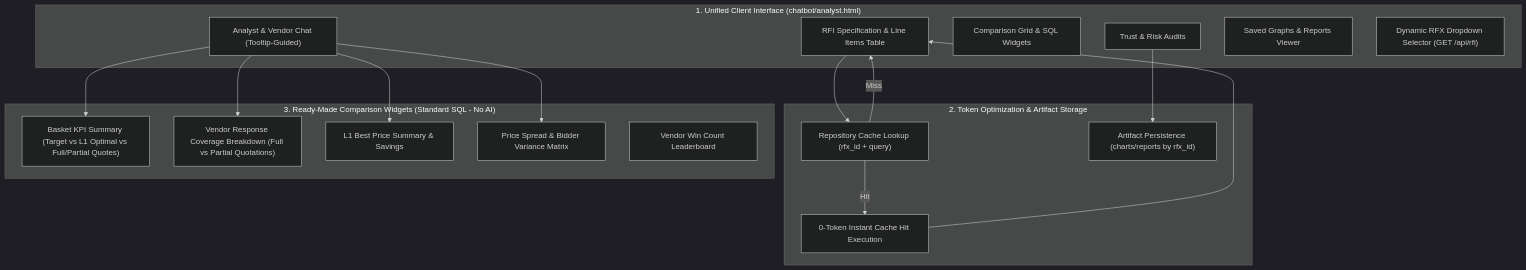
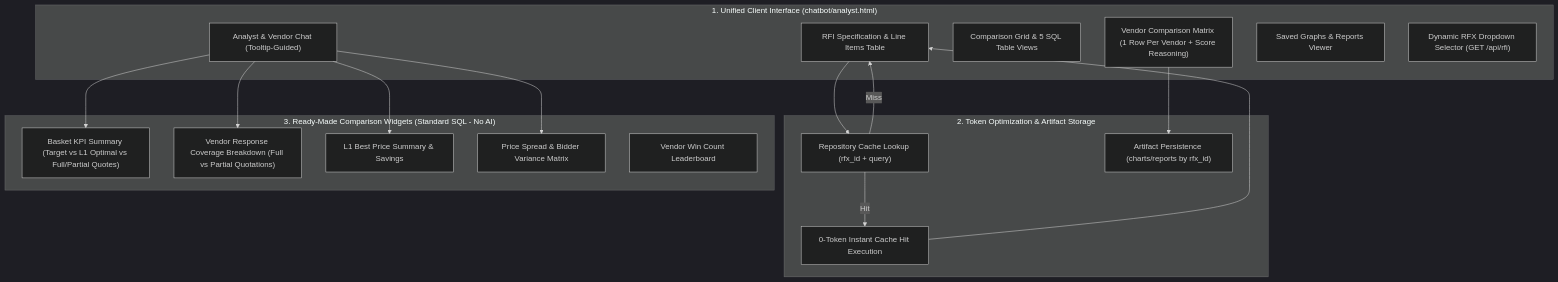
The fourth of 4 diagrams in architecture.md (akshaykumarar/ktq2), drawn with Mermaid (dark theme) before and after one commit. The commit also changed 3 other files, not shown here.

Commit message:
update documentation for comparison grid and vendor comparison features

````diff
--- a/architecture.md
+++ b/architecture.md
@@ -252,31 +252,31 @@
 ```mermaid
 flowchart TD
     subgraph ClientUI["1. Unified Client Interface (chatbot/analyst.html)"]
         UI1["RFI Specification & Line Items Table"]
         UI2["Analyst & Vendor Chat (Tooltip-Guided)"]
-        UI3["Comparison Grid & SQL Widgets"]
-        UI4["Trust & Risk Audits"]
+        UI3["Comparison Grid & 5 SQL Table Views"]
+        UI4["Vendor Comparison Matrix (1 Row Per Vendor + Score Reasoning)"]
         UI5["Saved Graphs & Reports Viewer"]
         UI6["Dynamic RFX Dropdown Selector (GET /api/rfi)"]
     end
 
     subgraph TokenOptimization["2. Token Optimization & Artifact Storage"]
         C1["Repository Cache Lookup (rfx_id + query)"]
         C2["Artifact Persistence (charts/reports by rfx_id)"]
         C3["0-Token Instant Cache Hit Execution"]
     end
 
     subgraph DeterministicWidgets["3. Ready-Made Comparison Widgets (Standard SQL - No AI)"]
         W1["Basket KPI Summary (Target vs L1 Optimal vs Full/Partial Quotes)"]
         W2["Vendor Response Coverage Breakdown (Full vs Partial Quotations)"]
         W3["L1 Best Price Summary & Savings"]
         W4["Price Spread & Bidder Variance Matrix"]
         W5["Vendor Win Count Leaderboard"]
     end
 
     UI1 --> C1
     C1 -->|Hit| C3 --> UI1
     C1 -->|Miss| UI1
     UI2 --> W1 & W2 & W3 & W4
     UI4 --> C2
 ```
````
